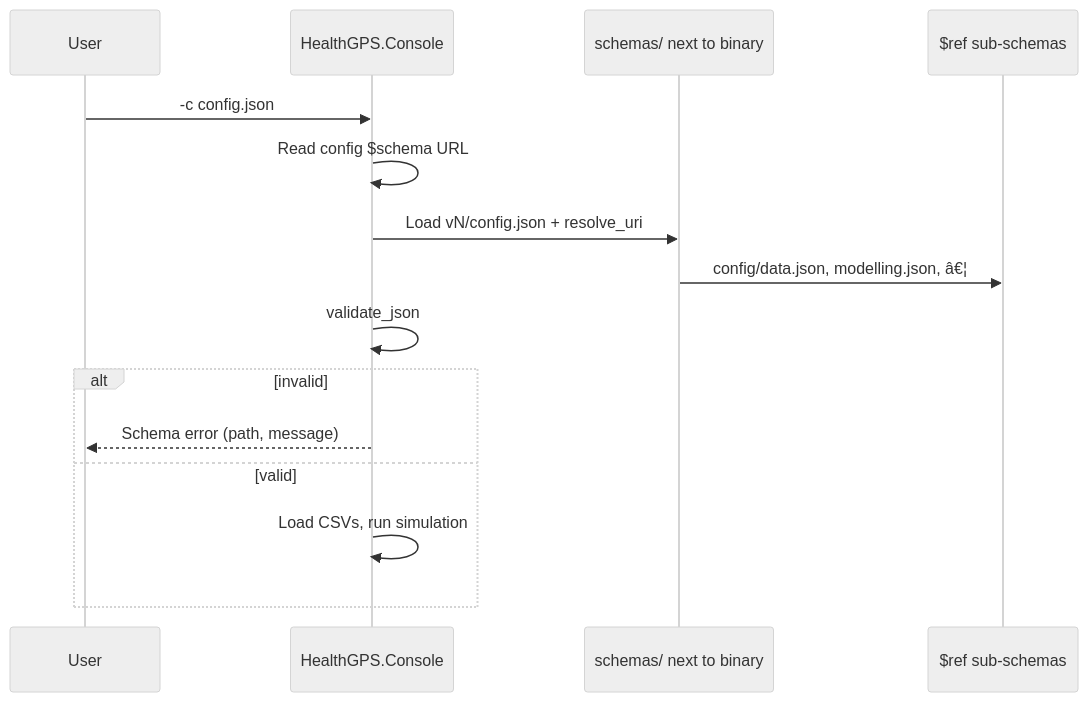
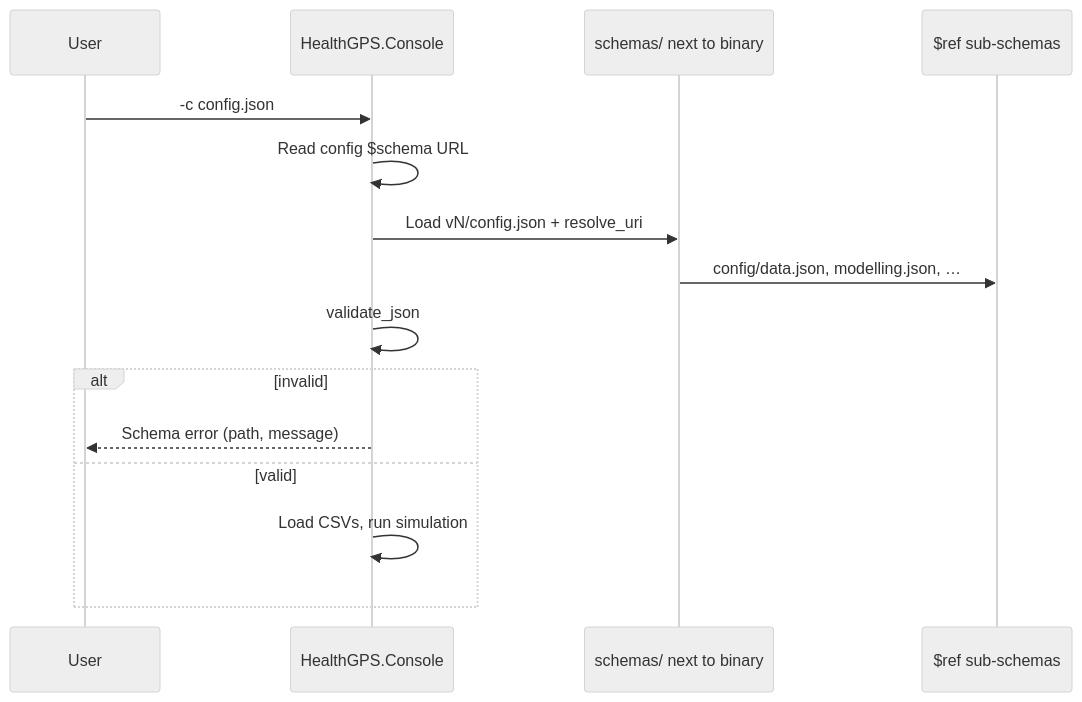
The third of 3 diagrams in documentation/user/schemas.md (imperialCHEPI/healthgps), drawn with Mermaid (neutral theme) before and after one commit. The commit also changed other lines of this file and 19 other files, not shown here.

````diff
--- a/documentation/user/schemas.md
+++ b/documentation/user/schemas.md
@@ -101,18 +101,18 @@
 ```mermaid
 sequenceDiagram
     participant User
     participant Console as HealthGPS.Console
     participant Local as schemas/ next to binary
     participant Ref as $ref sub-schemas
 
     User->>Console: -c config.json
     Console->>Console: Read config $schema URL
     Console->>Local: Load vN/config.json + resolve_uri
-    Local->>Ref: config/data.json, modelling.json, â€¦
+    Local->>Ref: config/data.json, modelling.json, …
     Console->>Console: validate_json
     alt invalid
         Console-->>User: Schema error (path, message)
     else valid
         Console->>Console: Load CSVs, run simulation
     end
 ```
````
